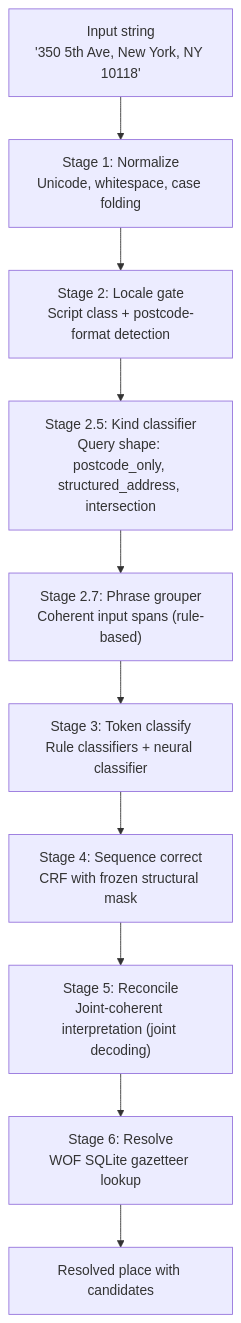
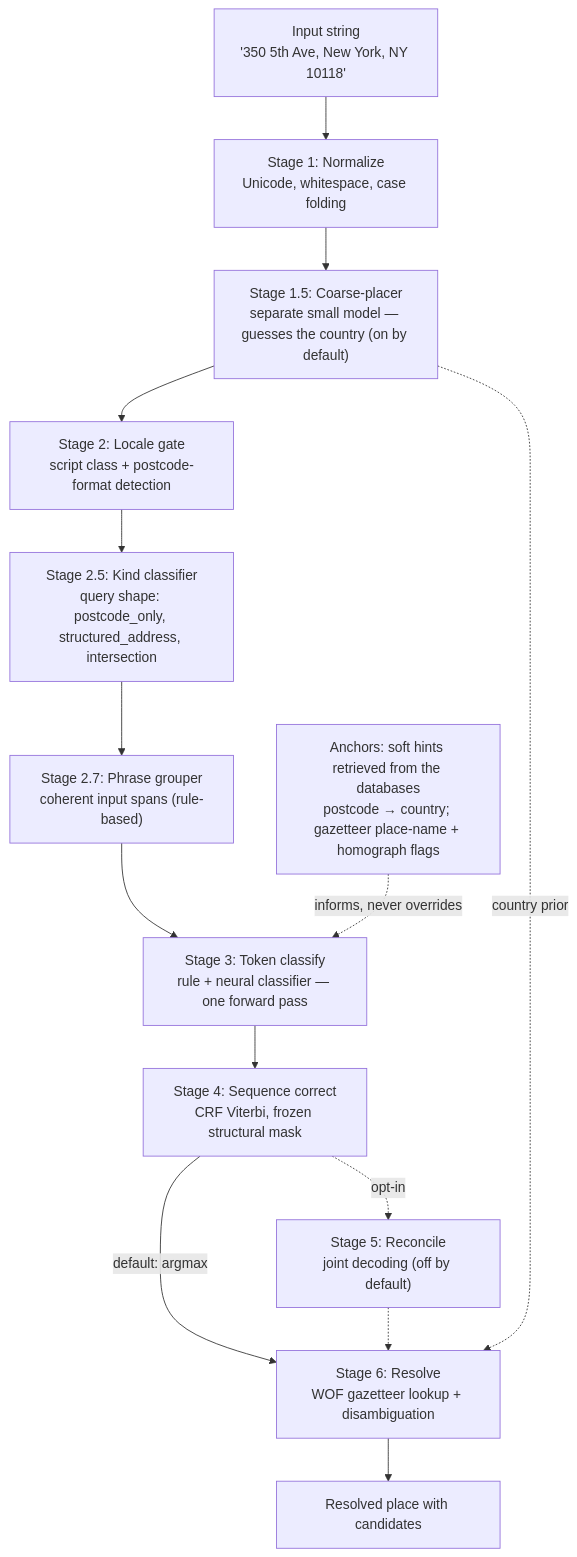
One commit to sister-software/mailwoman changed the diagram in docs/articles/understanding/our-approach/how-it-works-now.mdx. Above: the diagram before and after it, drawn with Mermaid. The commit also changed other lines of this file and 343 other files, not shown here.

````diff
--- a/docs/articles/understanding/our-approach/how-it-works-now.mdx
+++ b/docs/articles/understanding/our-approach/how-it-works-now.mdx
@@ -21,13 +21,18 @@
 ```mermaid
 flowchart TD
     A["Input string<br>'350 5th Ave, New York, NY 10118'"]
     A --> S1["Stage 1: Normalize<br>Unicode, whitespace, case folding"]
-    S1 --> S2["Stage 2: Locale gate<br>Script class + postcode-format detection"]
-    S2 --> S25["Stage 2.5: Kind classifier<br>Query shape: postcode_only, structured_address, intersection"]
-    S25 --> S27["Stage 2.7: Phrase grouper<br>Coherent input spans (rule-based)"]
-    S27 --> S3["Stage 3: Token classify<br>Rule classifiers + neural classifier"]
-    S3 --> S4["Stage 4: Sequence correct<br>CRF with frozen structural mask"]
-    S4 --> S5["Stage 5: Reconcile<br>Joint-coherent interpretation (joint decoding)"]
-    S5 --> S6["Stage 6: Resolve<br>WOF SQLite gazetteer lookup"]
+    S1 --> S15["Stage 1.5: Coarse-placer<br>separate small model — guesses the country (on by default)"]
+    S15 --> S2["Stage 2: Locale gate<br>script class + postcode-format detection"]
+    S2 --> S25["Stage 2.5: Kind classifier<br>query shape: postcode_only, structured_address, intersection"]
+    S25 --> S27["Stage 2.7: Phrase grouper<br>coherent input spans (rule-based)"]
+    S27 --> S3["Stage 3: Token classify<br>rule + neural classifier — one forward pass"]
+    ANCH["Anchors: soft hints retrieved from the databases<br>postcode → country; gazetteer place-name + homograph flags"]
+    ANCH -.->|"informs, never overrides"| S3
+    S3 --> S4["Stage 4: Sequence correct<br>CRF Viterbi, frozen structural mask"]
+    S4 -->|"default: argmax"| S6["Stage 6: Resolve<br>WOF gazetteer lookup + disambiguation"]
+    S4 -.->|"opt-in"| S5["Stage 5: Reconcile<br>joint decoding (off by default)"]
+    S5 -.-> S6
+    S15 -.->|"country prior"| S6
     S6 --> F["Resolved place with candidates"]
 ```
````
